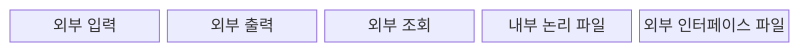
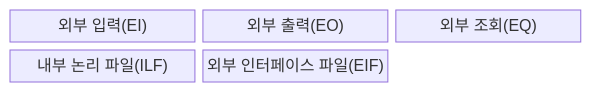
Before and after one commit to agnusdei1207/knowledge-base: the first of 2 diagrams in src/content/docs/notes/03-software/073_function_point.md, drawn with Mermaid. The commit also changed other lines of this file and 238 other files, not shown here.

````diff
--- a/src/content/docs/notes/03-software/073_function_point.md
+++ b/src/content/docs/notes/03-software/073_function_point.md
@@ -63,9 +63,9 @@
 ```mermaid
-block
-  columns 5
-  EI["외부 입력"]
-  EO["외부 출력"]
-  EQ["외부 조회"]
-  ILF["내부 논리 파일"]
-  EIF["외부 인터페이스 파일"]
+block-beta
+  columns 3
+  EI["외부 입력(EI)"]
+  EO["외부 출력(EO)"]
+  EQ["외부 조회(EQ)"]
+  ILF["내부 논리 파일(ILF)"]
+  EIF["외부 인터페이스 파일(EIF)"]
 ```
````
